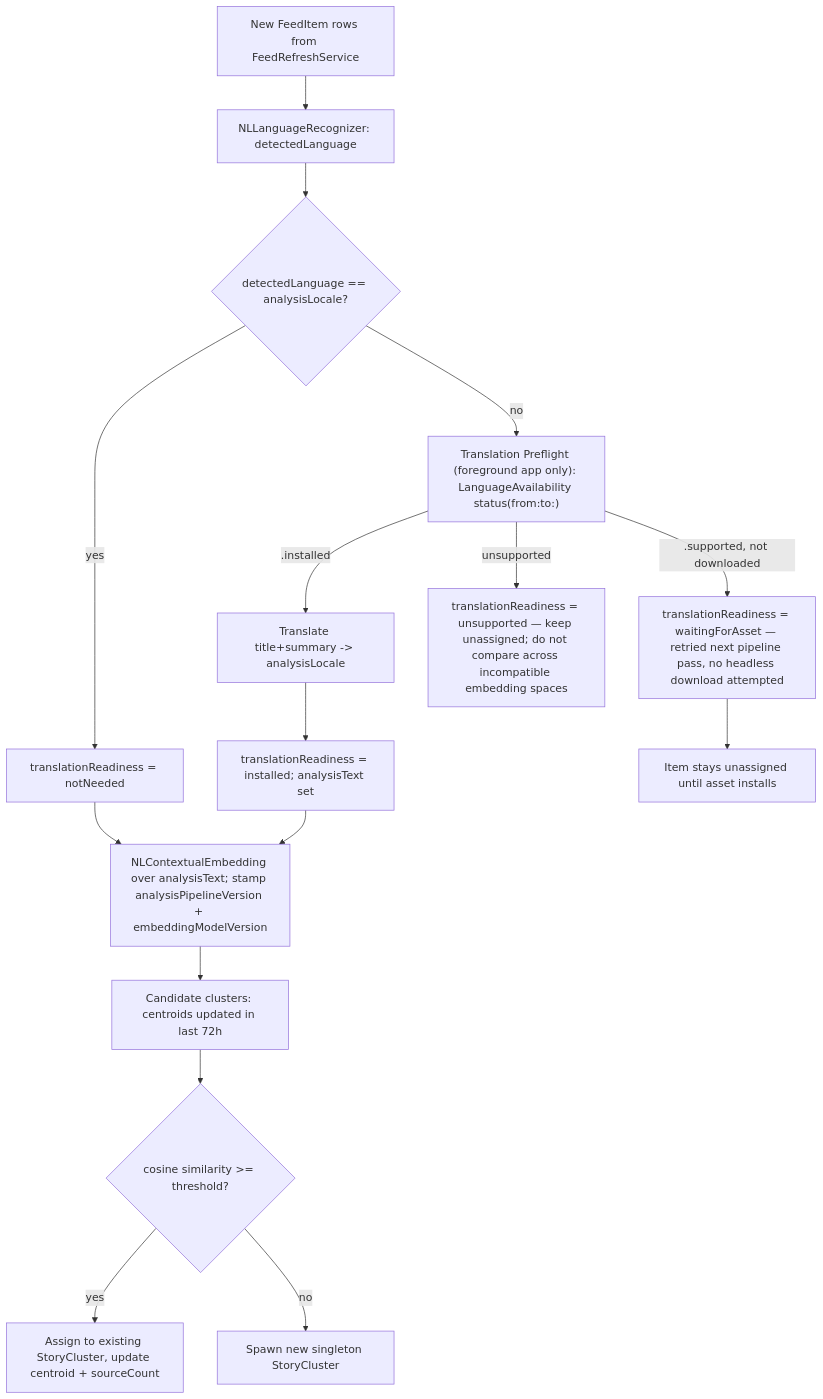
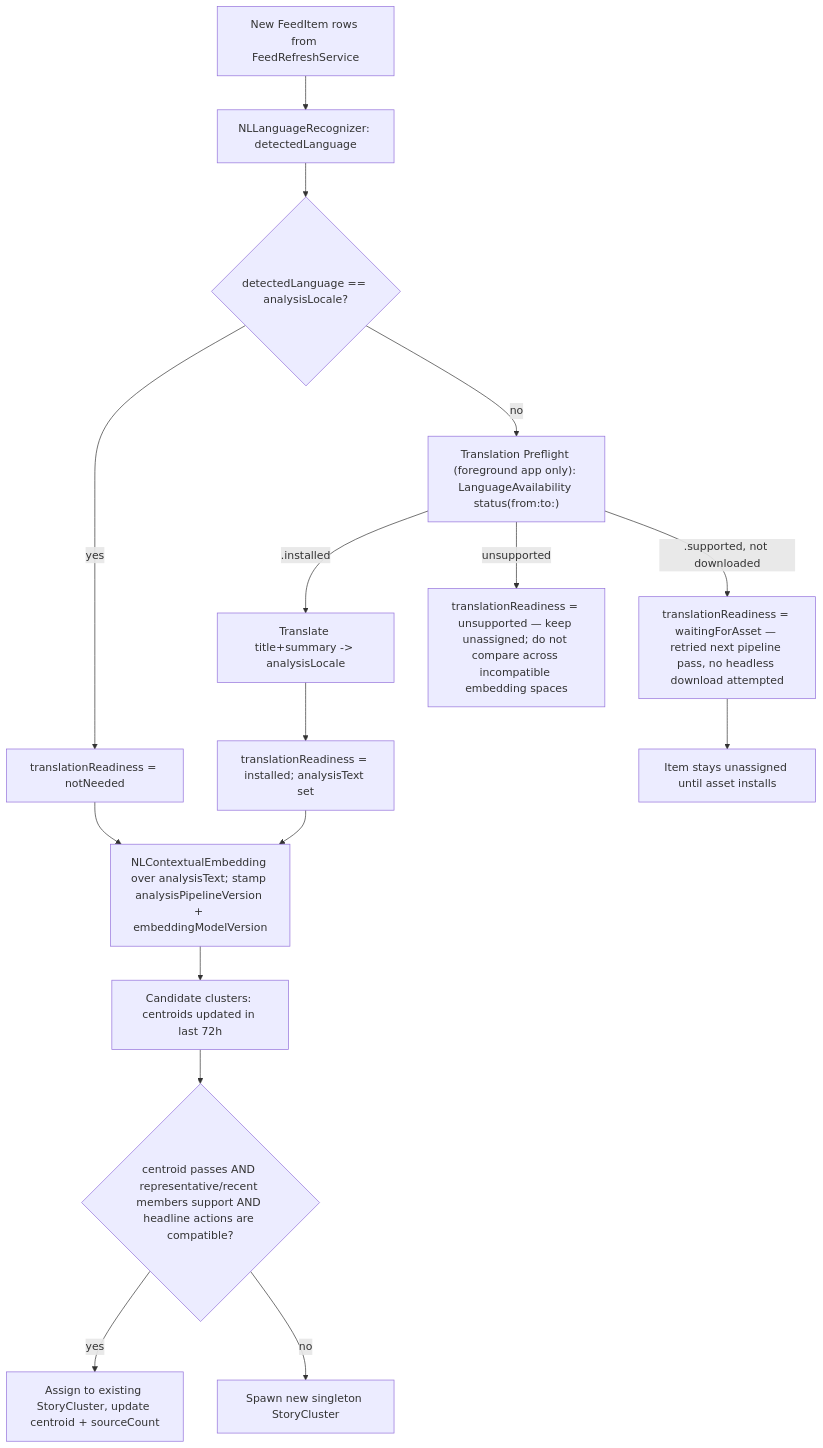
Before and after one commit to Zaryob/Sift: the diagram in docs/STORY_CLUSTERING_ARCHITECTURE.md, drawn with Mermaid. The commit also changed other lines of this file and 1 other file, not shown here.

````diff
--- a/docs/STORY_CLUSTERING_ARCHITECTURE.md
+++ b/docs/STORY_CLUSTERING_ARCHITECTURE.md
@@ -119,19 +178,19 @@
 ```mermaid
 graph TD
     A["New FeedItem rows from FeedRefreshService"] --> B["NLLanguageRecognizer: detectedLanguage"]
     B --> C{"detectedLanguage == analysisLocale?"}
     C -->|"yes"| D0["translationReadiness = notNeeded"]
     C -->|"no"| P["Translation Preflight (foreground app only): LanguageAvailability status(from:to:)"]
     P -->|".installed"| E["Translate title+summary -> analysisLocale"]
     P -->|".supported, not downloaded"| W["translationReadiness = waitingForAsset — retried next pipeline pass, no headless download attempted"]
     P -->|"unsupported"| U["translationReadiness = unsupported — keep unassigned; do not compare across incompatible embedding spaces"]
     E --> D1["translationReadiness = installed; analysisText set"]
     D0 --> F
     D1 --> F
     F["NLContextualEmbedding over analysisText; stamp analysisPipelineVersion + embeddingModelVersion"]
     F --> G["Candidate clusters: centroids updated in last 72h"]
-    G --> H{"cosine similarity >= threshold?"}
+    G --> H{"centroid passes AND representative/recent members support AND headline actions are compatible?"}
     H -->|"yes"| I["Assign to existing StoryCluster, update centroid + sourceCount"]
     H -->|"no"| J["Spawn new singleton StoryCluster"]
     W --> Z["Item stays unassigned until asset installs"]
 ```
````
